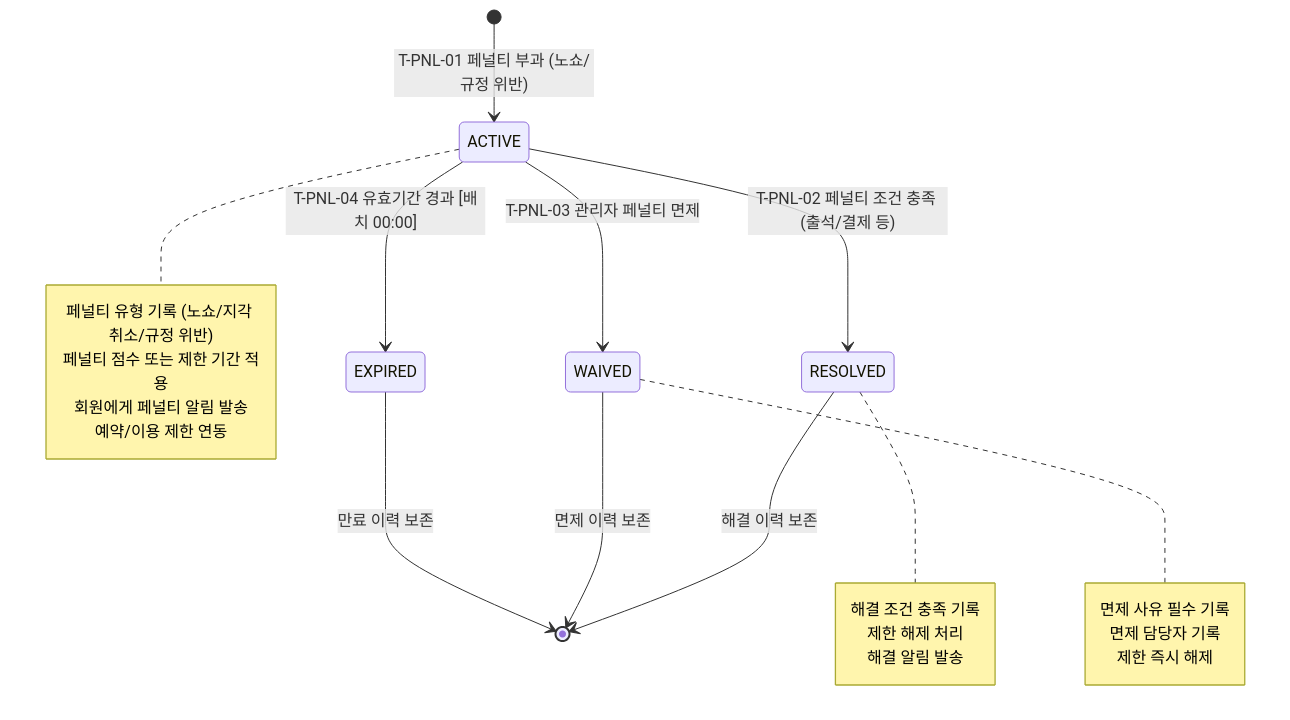
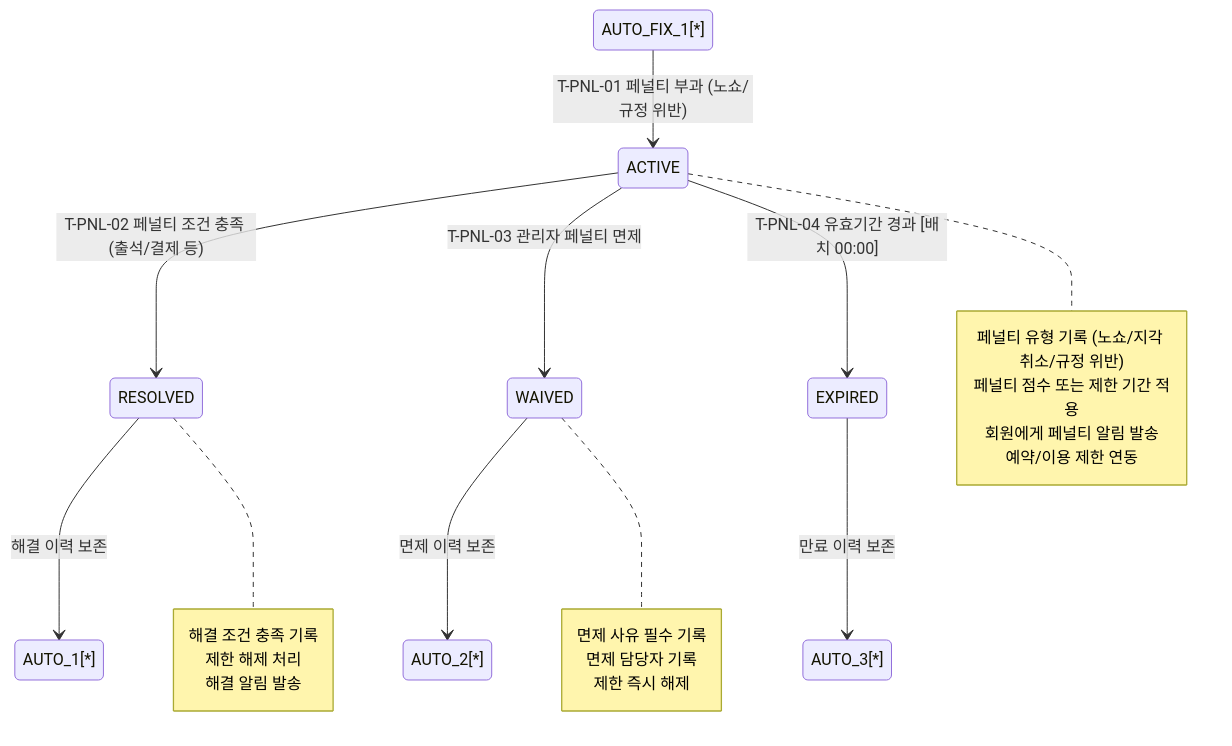
One commit to dev-spogym/admin-pando changed the diagram in docs/admin/다이어그램/20_상태전이도/20-16_PenaltyStatus.md. Above: the diagram before and after it, drawn with Mermaid. The commit also changed 369 other files, not shown here.

````diff
--- a/docs/admin/다이어그램/20_상태전이도/20-16_PenaltyStatus.md
+++ b/docs/admin/다이어그램/20_상태전이도/20-16_PenaltyStatus.md
@@ -31,31 +31,31 @@
 ```mermaid
 stateDiagram-v2
-    [*] --> ACTIVE : T-PNL-01 페널티 부과 (노쇼/규정 위반)
+    AUTO_FIX_1[*] --> ACTIVE : T-PNL-01 페널티 부과 (노쇼/규정 위반)
 
     ACTIVE --> RESOLVED : T-PNL-02 페널티 조건 충족 (출석/결제 등)
     ACTIVE --> WAIVED : T-PNL-03 관리자 페널티 면제
     ACTIVE --> EXPIRED : T-PNL-04 유효기간 경과 [배치 00:00]
 
-    RESOLVED --> [*] : 해결 이력 보존
-    WAIVED --> [*] : 면제 이력 보존
-    EXPIRED --> [*] : 만료 이력 보존
+    RESOLVED --> AUTO_1[*] : 해결 이력 보존
+    WAIVED --> AUTO_2[*] : 면제 이력 보존
+    EXPIRED --> AUTO_3[*] : 만료 이력 보존
 
     note right of ACTIVE
         페널티 유형 기록 (노쇼/지각 취소/규정 위반)
         페널티 점수 또는 제한 기간 적용
         회원에게 페널티 알림 발송
         예약/이용 제한 연동
     end note
 
     note right of RESOLVED
         해결 조건 충족 기록
         제한 해제 처리
         해결 알림 발송
     end note
 
     note right of WAIVED
         면제 사유 필수 기록
         면제 담당자 기록
         제한 즉시 해제
     end note
 ```
````
